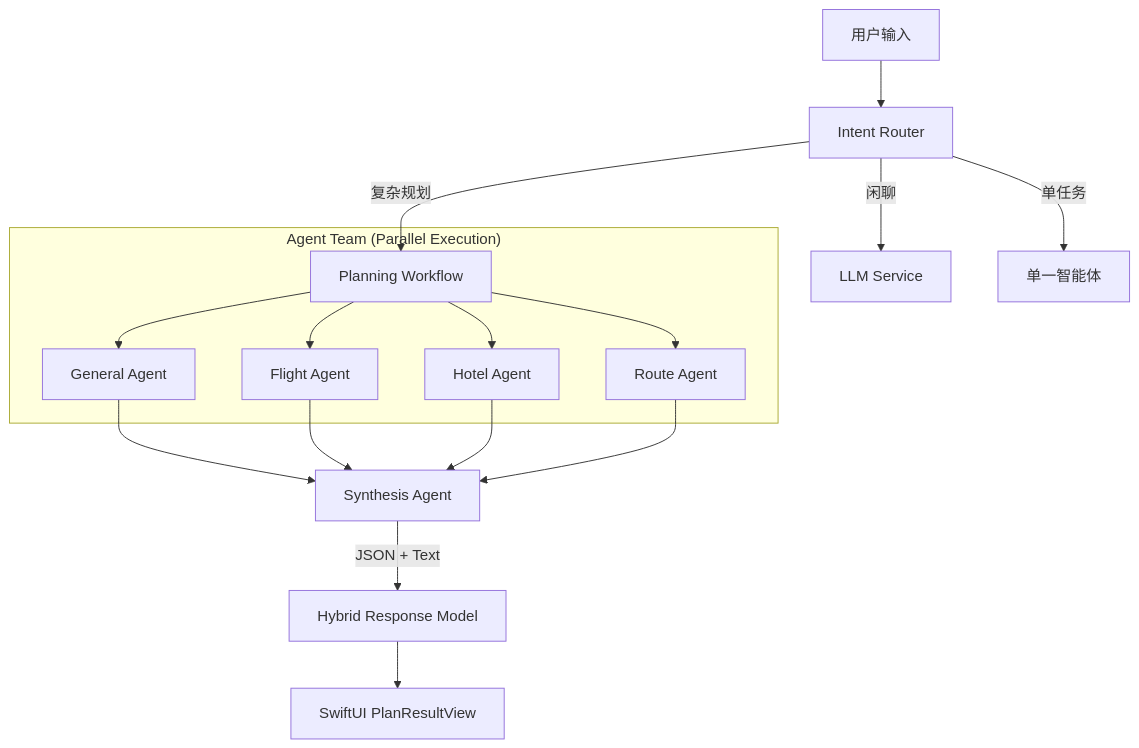
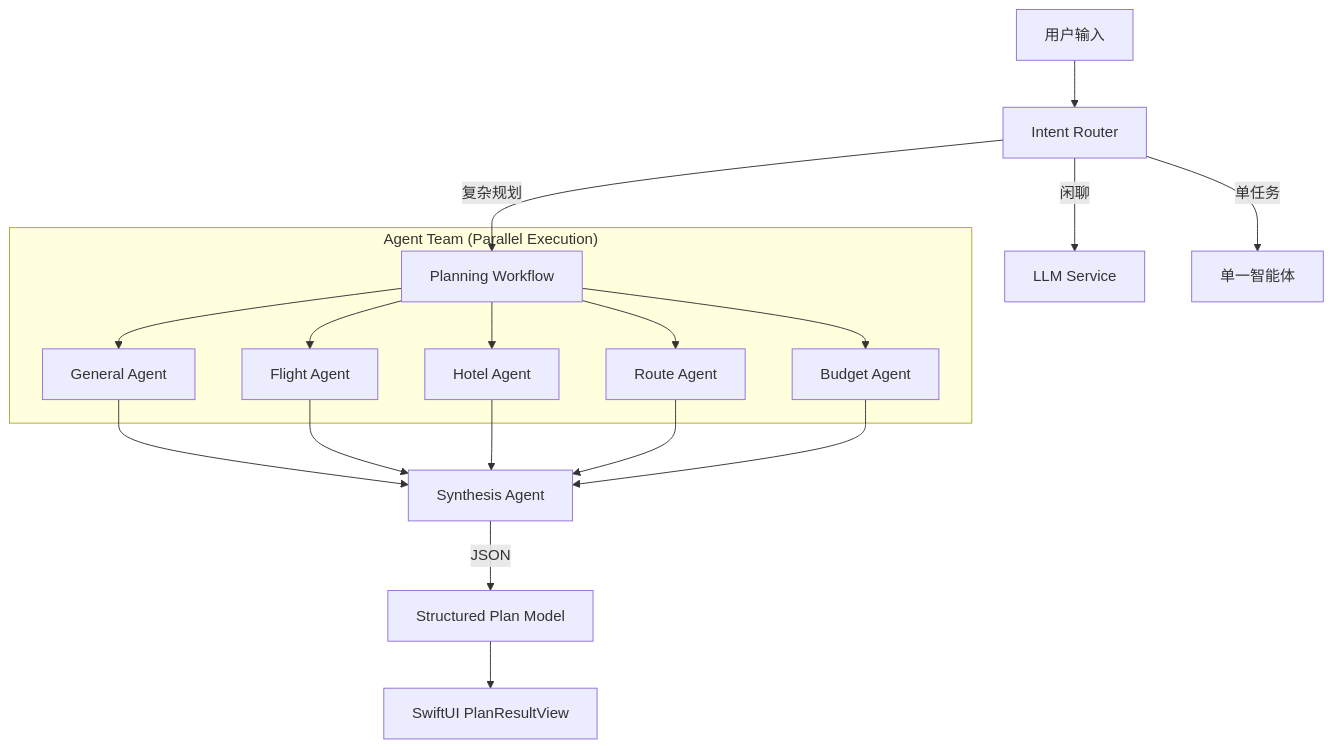
The diagram in README.md (TvT669/TripPal2.0), drawn with Mermaid before and after one commit. The commit also changed other lines of this file and 6 other files, not shown here.

````diff
--- a/README.md
+++ b/README.md
@@ -72,20 +59,21 @@
 ```mermaid
 graph TD
     User[用户输入] --> Router[Intent Router]
   
     Router -->|闲聊| SimpleChat[LLM Service]
     Router -->|单任务| SingleAgent[单一智能体]
     Router -->|复杂规划| PlanningFlow[Planning Workflow]
   
     subgraph "Agent Team (Parallel Execution)"
         PlanningFlow --> General[General Agent]
         PlanningFlow --> Flight[Flight Agent]
         PlanningFlow --> Hotel[Hotel Agent]
         PlanningFlow --> Route[Route Agent]
+      PlanningFlow --> Budget[Budget Agent]
     end
   
-    General & Flight & Hotel & Route --> Synthesis[Synthesis Agent]
-  
-    Synthesis -->|JSON + Text| HybridModel[Hybrid Response Model]
-    HybridModel --> UI[SwiftUI PlanResultView]
+    General & Flight & Hotel & Route & Budget --> Synthesis[Synthesis Agent]
+
+    Synthesis -->|JSON| StructuredModel[Structured Plan Model]
+    StructuredModel --> UI[SwiftUI PlanResultView]
 ```
````
